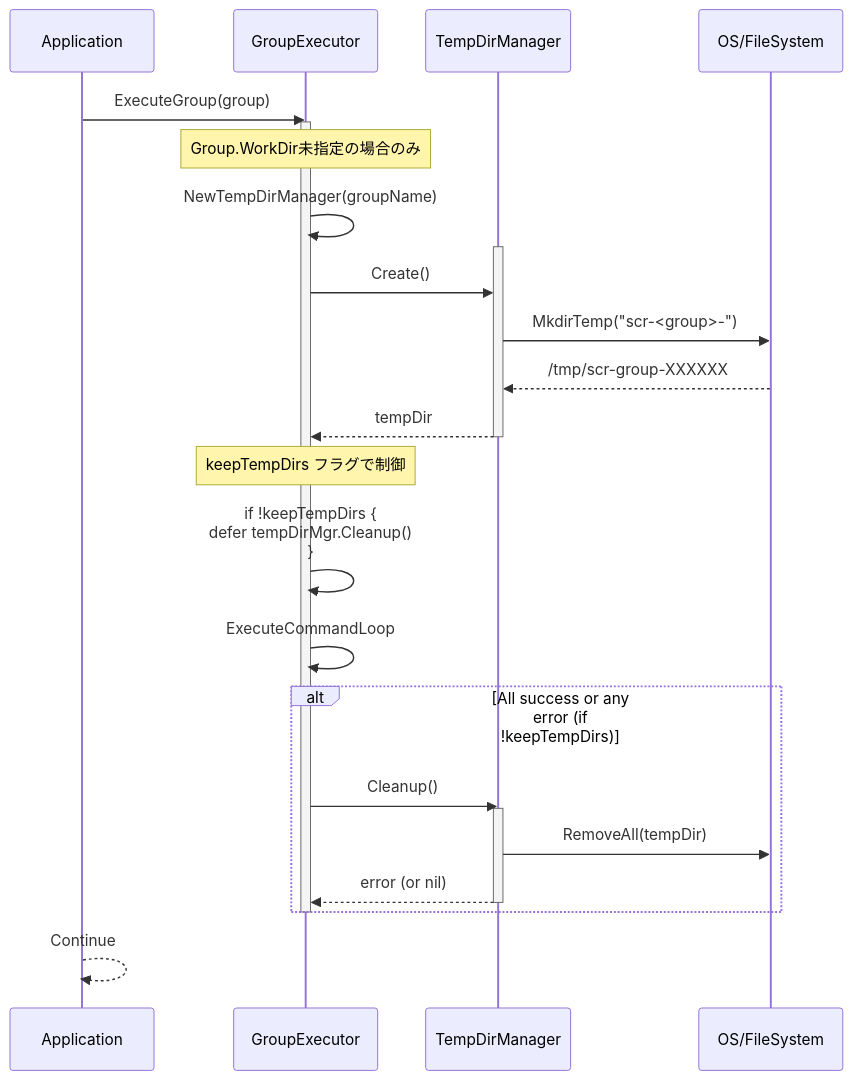
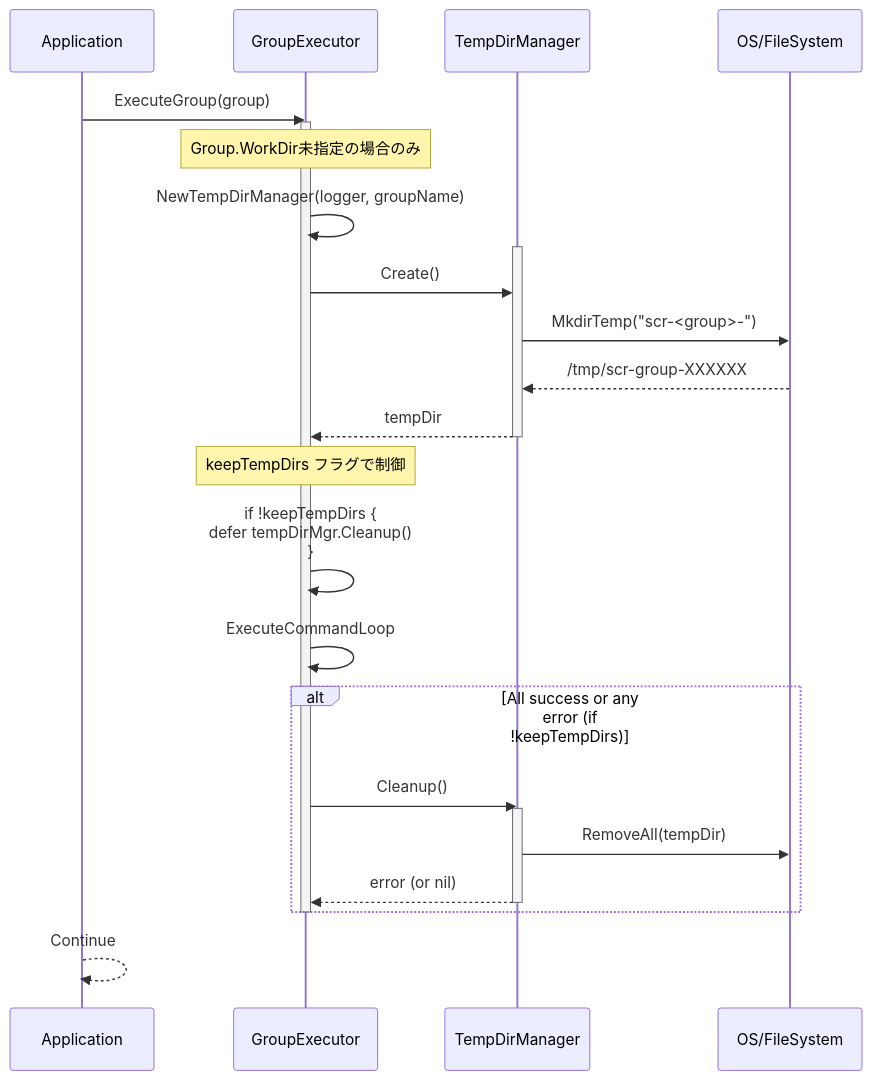
One commit to isseis/go-safe-cmd-runner changed the sixth of 11 diagrams in docs/tasks/0034_workdir_redesign/02_architecture.md. Above: the diagram before and after it, drawn with Mermaid. The commit also changed other lines of this file and 1 other file, not shown here.

Commit message:
Add logger parameter to TempDirManager constructor and use instance groupName
- Change NewTempDirManager to accept a logging.Logger and groupName
- Update DefaultTempDirManager to store groupName and use it in Create()
- Update docs and examples to reflect new constructor and method names
- Adjust call sites to pass e.logger when creating TempDirManager

````diff
--- a/docs/tasks/0034_workdir_redesign/02_architecture.md
+++ b/docs/tasks/0034_workdir_redesign/02_architecture.md
@@ -350,36 +350,36 @@
 ```mermaid
 sequenceDiagram
     participant App as Application
     participant GE as GroupExecutor
     participant TDM as TempDirManager
     participant OS as OS/FileSystem
 
     App->>GE: ExecuteGroup(group)
     activate GE
 
     Note over GE: Group.WorkDir未指定の場合のみ
 
-    GE->>GE: NewTempDirManager(groupName)
+    GE->>GE: NewTempDirManager(logger, groupName)
     activate TDM
     GE->>TDM: Create()
     TDM->>OS: MkdirTemp("scr-<group>-")
     OS-->>TDM: /tmp/scr-group-XXXXXX
     TDM-->>GE: tempDir
     deactivate TDM
 
     Note over GE: keepTempDirs フラグで制御
     GE->>GE: if !keepTempDirs {<br/>  defer tempDirMgr.Cleanup()<br/>}
 
     GE->>GE: ExecuteCommandLoop
 
     alt All success or any error (if !keepTempDirs)
         GE->>TDM: Cleanup()
         activate TDM
         TDM->>OS: RemoveAll(tempDir)
         TDM-->>GE: error (or nil)
         deactivate TDM
     end
 
     deactivate GE
     App-->>App: Continue
 ```
````
